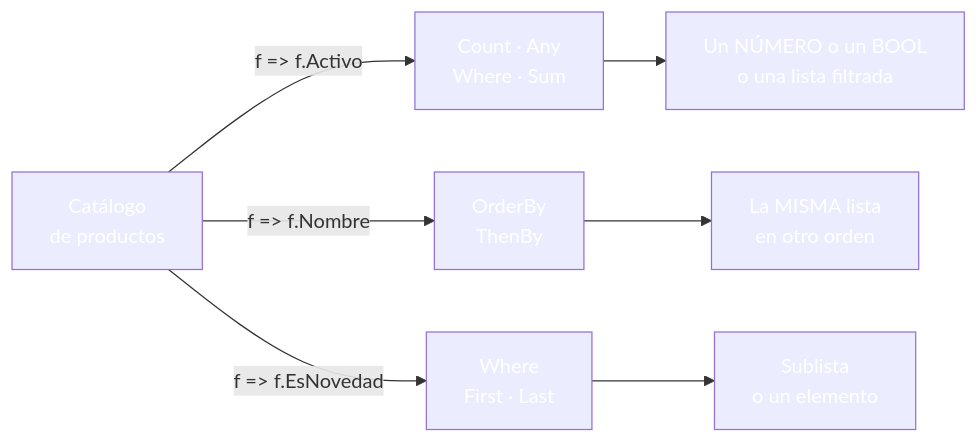
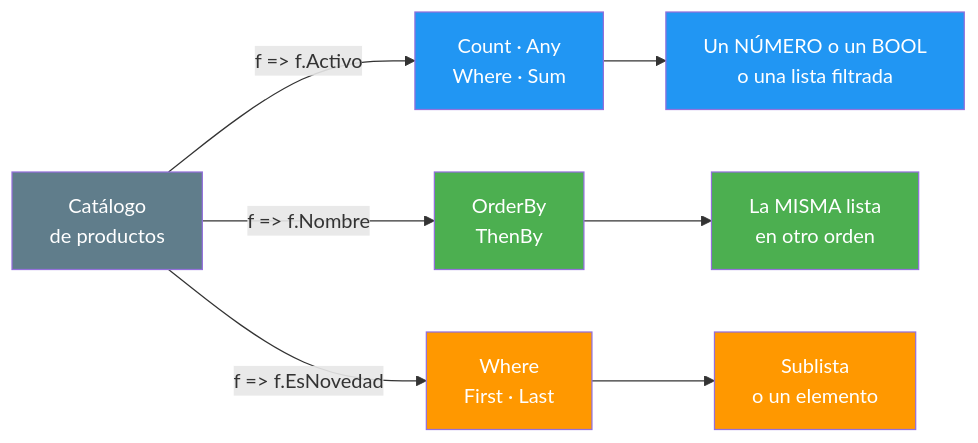
One commit to joseluisgs/DesarrolloWebEntornosServidor-03-2026-2027 changed the third of 4 diagrams in 04-funciones-metodos.md. Above: the diagram before and after it, drawn with Mermaid. The commit also changed other lines of this file and 25 other files, not shown here.

Commit message:
docs: corregir los estilos Mermaid de los temas y alinear el dominio del tema 25 con ProductosApp

````diff
--- a/04-funciones-metodos.md
+++ b/04-funciones-metodos.md
@@ -387,18 +387,18 @@
 ```mermaid
 graph LR
     A["Catálogo<br/>de productos"] -->|"f => f.Activo"| B["Count · Any<br/>Where · Sum"]
     A -->|"f => f.Nombre"| C["OrderBy<br/>ThenBy"]
     A -->|"f => f.EsNovedad"| D["Where<br/>First · Last"]
 
     B --> E["Un NÚMERO o un BOOL<br/>o una lista filtrada"]
     C --> F["La MISMA lista<br/>en otro orden"]
     D --> G["Sublista<br/>o un elemento"]
 
-    style A fill:#607D8,color:#fffB,color:#fff
-    style B fill:#2196F,color:#fff3,color:#fff
-    style C fill:#4CAF5,color:#fff0,color:#fff
-    style D fill:#FF980,color:#fff0,color:#fff
-    style E fill:#2196F,color:#fff3,color:#fff
-    style F fill:#4CAF5,color:#fff0,color:#fff
-    style G fill:#FF980,color:#fff0,color:#fff
+    style A fill:#607D8B,color:#fff
+    style B fill:#2196F3,color:#fff
+    style C fill:#4CAF50,color:#fff
+    style D fill:#FF9800,color:#fff
+    style E fill:#2196F3,color:#fff
+    style F fill:#4CAF50,color:#fff
+    style G fill:#FF9800,color:#fff
 ```
````
